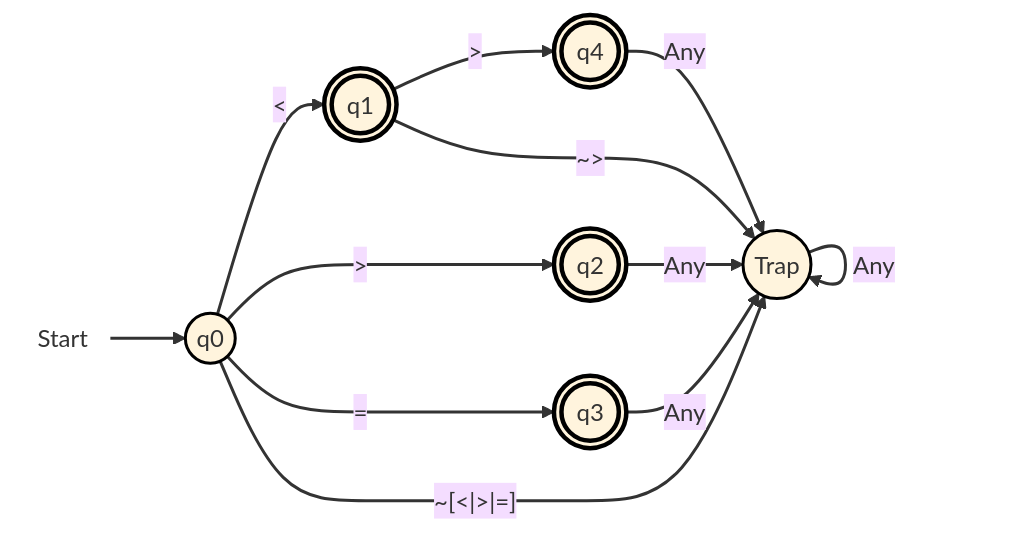
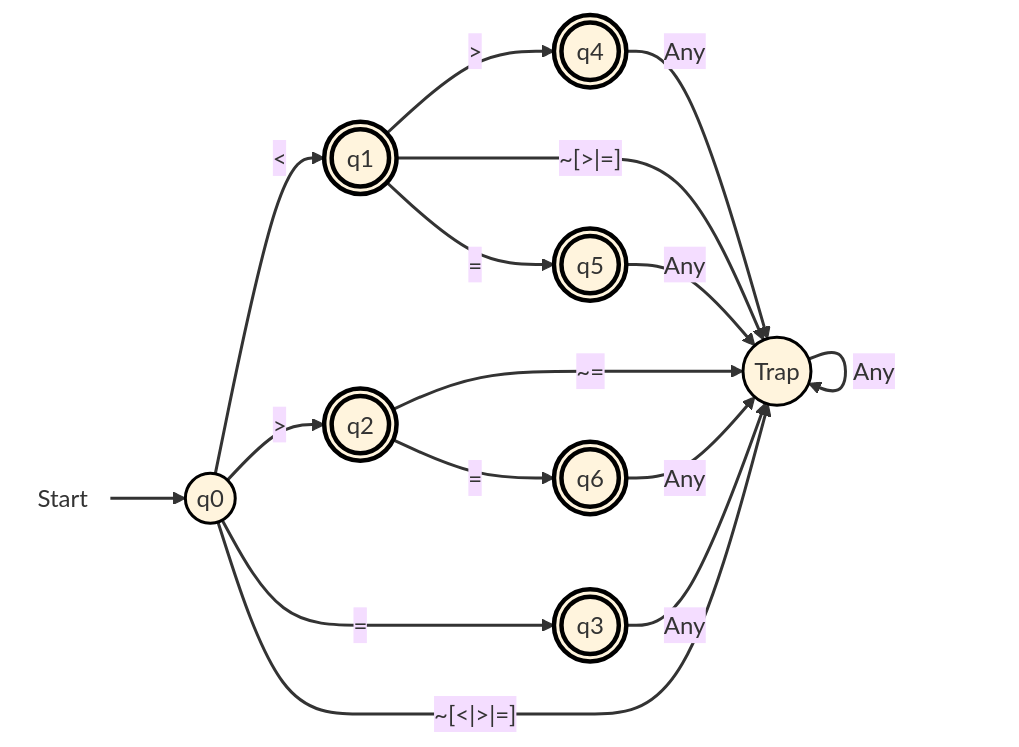
The eighth of 9 diagrams in docs/DFA.md (CS-Tiny-Compiler/a-tiny-compiler), drawn with Mermaid (base theme) before and after one commit. The commit also changed other lines of this file and 3 other files, not shown here.

````diff
--- a/docs/DFA.md
+++ b/docs/DFA.md
@@ -279,22 +279,26 @@
 ```mermaid
 flowchart LR
   start(((Start))):::startNode --> q0(("q0")):::normal
   q0 --> |#60;| q1((("q1"))):::finalState
   q0 --> |#62;| q2((("q2"))):::finalState
   q0 --> |#61;| q3((("q3"))):::finalState
   q1 --> |#62;| q4((("q4"))):::finalState
   q0 --> |"~[#60;|#62;|#61;]"| trap(("Trap")):::trap
-  q1 --> |"~#62;"| trap(("Trap")):::trap
-  q2 --> |"Any"| trap(("Trap")):::trap
+  q1 --> |"~[#62;|#61;]"| trap(("Trap")):::trap
+  q2 --> |"~#61;"| trap(("Trap")):::trap
   q3 --> |"Any"| trap(("Trap")):::trap
   q4 --> |"Any"| trap(("Trap")):::trap
+  q1 --> |#61;| q5((("q5"))):::finalState
+  q2 --> |#61;| q6((("q6"))):::finalState
+  q5 --> |"Any"| trap(("Trap")):::trap
+  q6 --> |"Any"| trap(("Trap")):::trap
 
   trap --> |Any| trap
 
   classDef startNode fill:none,stroke:none;
   classDef normal stroke:#000,stroke-width:2px;
   classDef finalState stroke:#000,stroke-width:3px;
   classDef trap stroke:#000,stroke-width:2px;
 
   linkStyle default stroke:#333,stroke-width:2px,fill:none;
 ```
````
